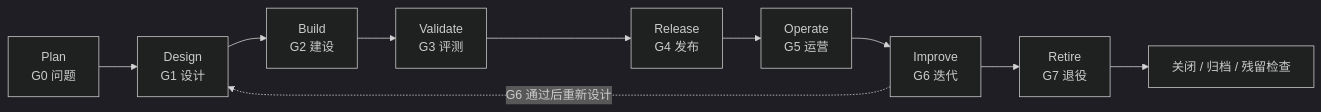
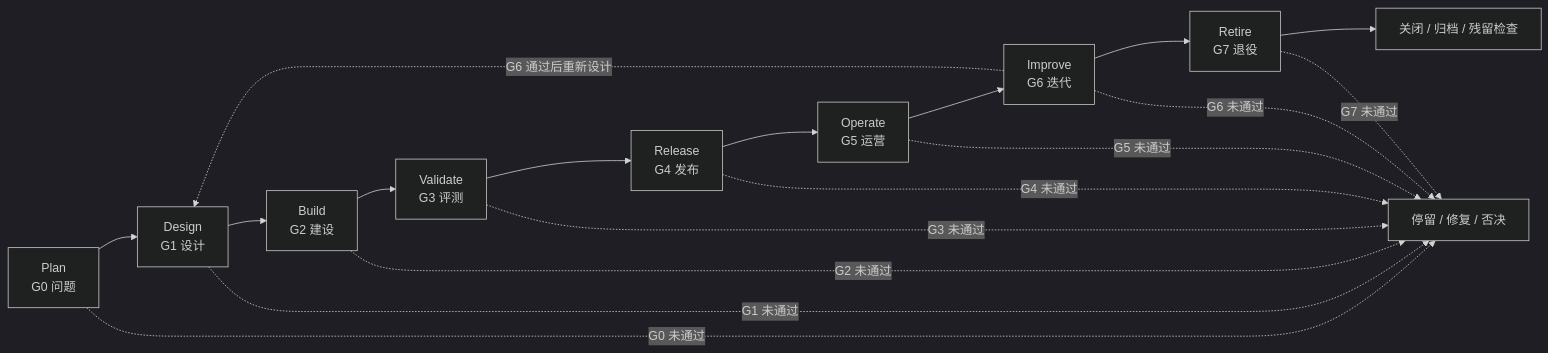
The diagram in docs/guide/02-lifecycle.md (ai-guru-global/the-ops-agent-book), drawn with Mermaid (dark theme) before and after one commit. The commit also changed other lines of this file and 61 other files, not shown here.

First line of the commit message:
fix: close re-evaluation gaps and expand diagram coverage

````diff
--- a/docs/guide/02-lifecycle.md
+++ b/docs/guide/02-lifecycle.md
@@ -30,7 +30,15 @@
 ```mermaid
 flowchart LR
   P[Plan<br/>G0 问题] --> D[Design<br/>G1 设计] --> B[Build<br/>G2 建设] --> V[Validate<br/>G3 评测]
   V --> R[Release<br/>G4 发布] --> O[Operate<br/>G5 运营] --> I[Improve<br/>G6 迭代] --> T[Retire<br/>G7 退役]
   I -. G6 通过后重新设计 .-> D
   T --> X[关闭 / 归档 / 残留检查]
+  P -. G0 未通过 .-> F[停留 / 修复 / 否决]
+  D -. G1 未通过 .-> F
+  B -. G2 未通过 .-> F
+  V -. G3 未通过 .-> F
+  R -. G4 未通过 .-> F
+  O -. G5 未通过 .-> F
+  I -. G6 未通过 .-> F
+  T -. G7 未通过 .-> F
 ```
````
